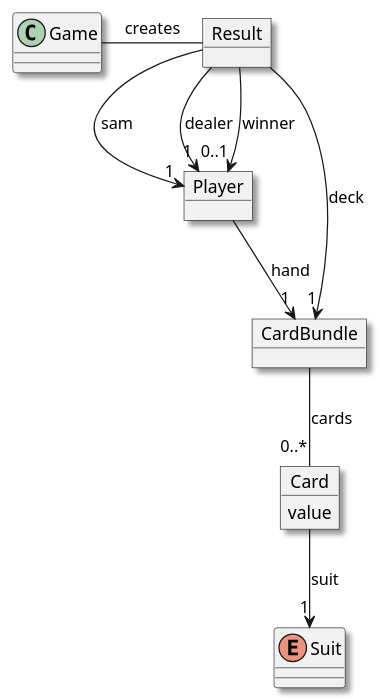
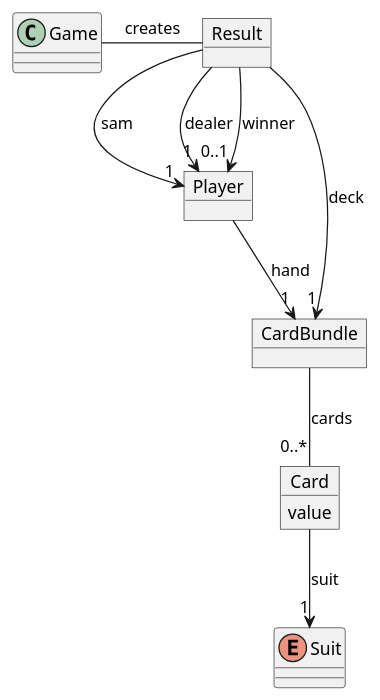
Before and after one commit to badeand/canyoubeatthedealerat21: the diagram in doc/plantuml/object.puml, drawn with PlantUML. The commit also changed 4 other files, not shown here.

```diff
--- a/doc/plantuml/object.puml
+++ b/doc/plantuml/object.puml
@@ -1,31 +1,31 @@
 @startuml
-skinparam shadowing true
+
 
 object Result {
 }
 
 object Player {
 }
 
 object CardBundle {
 }
 
 enum Suit {
 }
 
 object Card {
     value
 }
 
 Game - Result : creates
 
 CardBundle -- "0..*"  Card : cards
 Card --> "1"  Suit : suit
 
 Result --> "1" CardBundle : deck
 Result --> "1" Player : sam
 Result --> "1" Player : dealer
 Result --> "0..1" Player : winner
 Player --> "1" CardBundle : hand
 
 @enduml
```
